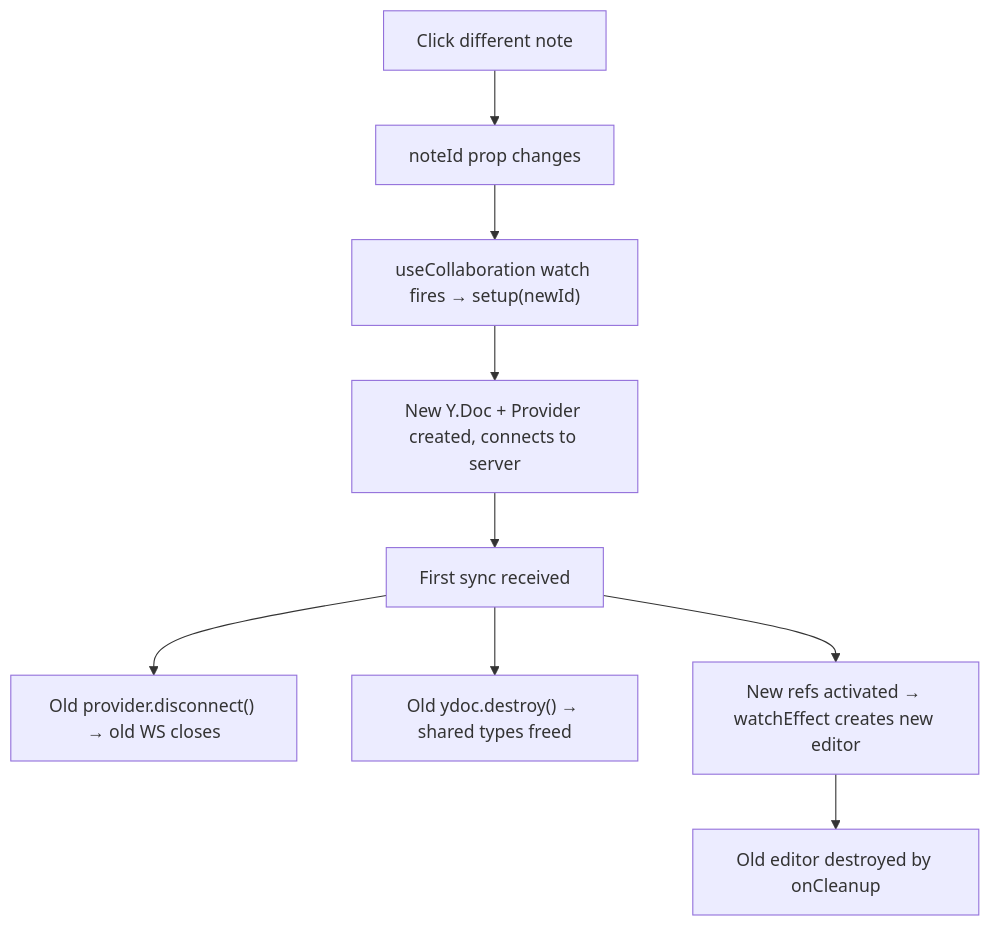
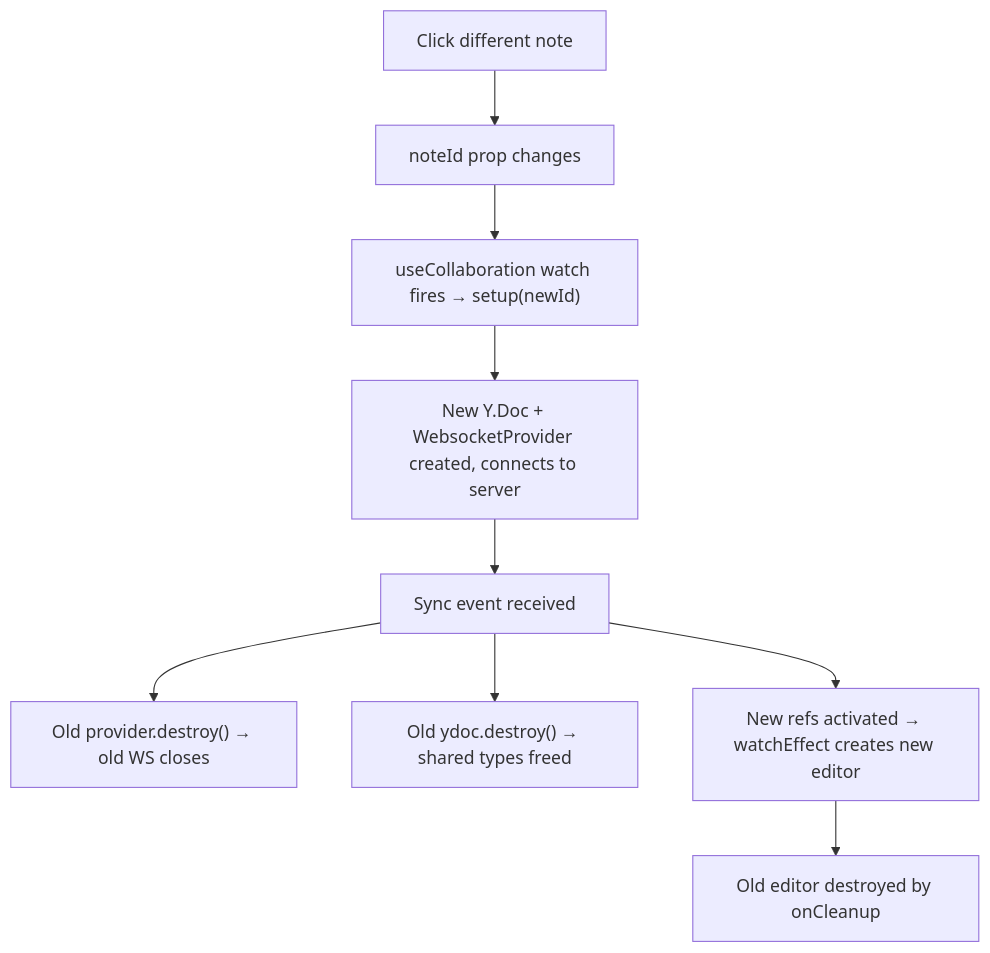
Before and after one commit to MySeaLeeOom/basic_structure: diagram 13 of 13 in srcs/requirements/frontend/docs/dev/tiptap-yjs-summary.md, drawn with Mermaid. The commit also changed other lines of this file and 6 other files, not shown here.

First line of the commit message:
Update dev docs for y-websocket architecture and condense obsolete content

````diff
--- a/srcs/requirements/frontend/docs/dev/tiptap-yjs-summary.md
+++ b/srcs/requirements/frontend/docs/dev/tiptap-yjs-summary.md
@@ -614,11 +540,11 @@
 ```mermaid
 flowchart TD
     A["Click different note"] --> B["noteId prop changes"]
     B --> C["useCollaboration watch fires → setup(newId)"]
-    C --> D["New Y.Doc + Provider created, connects to server"]
-    D --> E["First sync received"]
-    E --> F["Old provider.disconnect() → old WS closes"]
+    C --> D["New Y.Doc + WebsocketProvider created, connects to server"]
+    D --> E["Sync event received"]
+    E --> F["Old provider.destroy() → old WS closes"]
     E --> G["Old ydoc.destroy() → shared types freed"]
     E --> H["New refs activated → watchEffect creates new editor"]
     H --> I["Old editor destroyed by onCleanup"]
 ```
````
